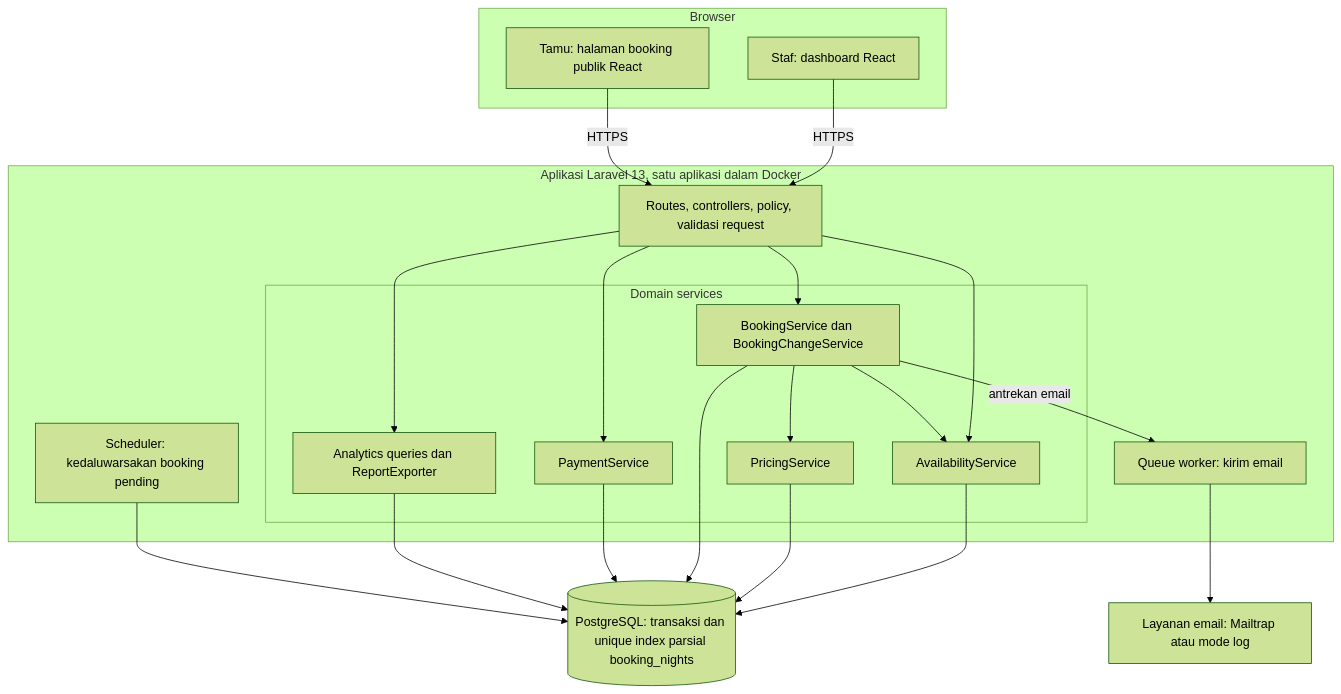
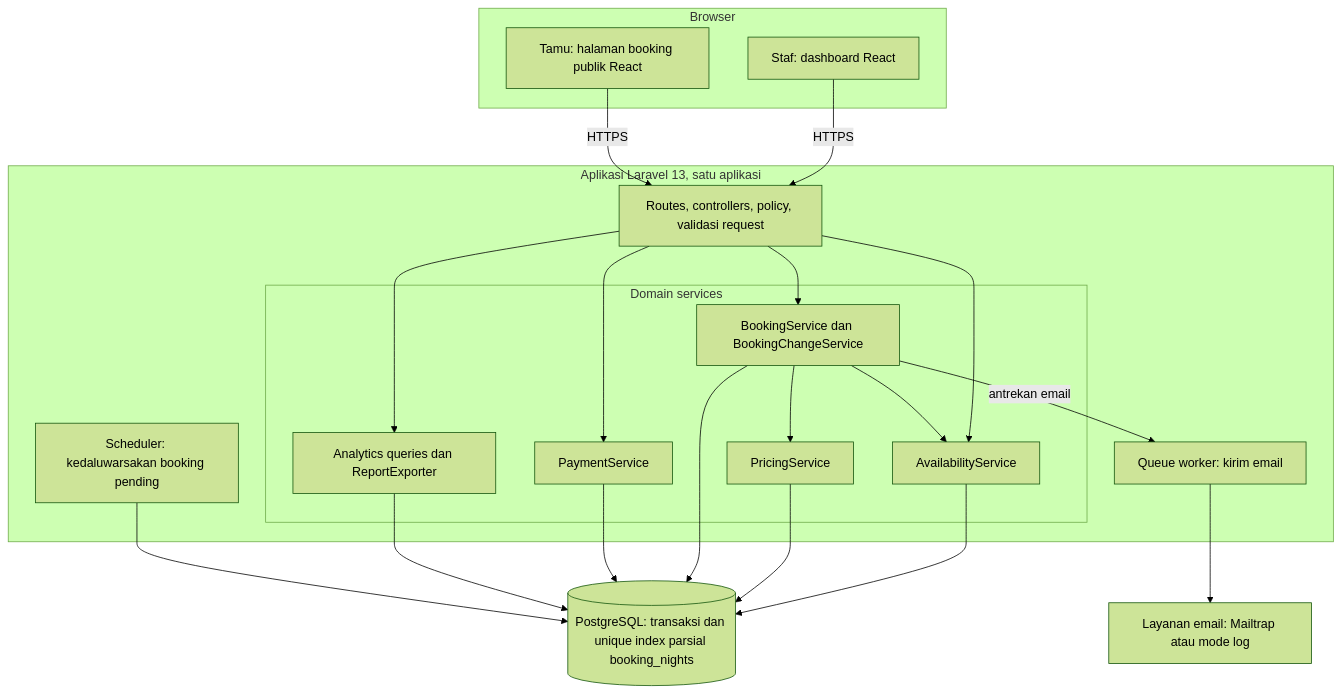
One commit to ankasaa/Kamarin changed the diagram in docs/architecture_diagram.mermaid. Above: the diagram before and after it, drawn with Mermaid (forest theme). The commit also changed 3 other files, not shown here.

Commit message:
docs(architecture): revise development environment to local PHP with Docker PostgreSQL

```diff
--- a/docs/architecture_diagram.mermaid
+++ b/docs/architecture_diagram.mermaid
@@ -1,38 +1,38 @@
 flowchart TB
     subgraph Klien["Browser"]
         Staf["Staf: dashboard React"]
         Guest["Tamu: halaman booking publik React"]
     end
 
-    subgraph App["Aplikasi Laravel 13, satu aplikasi dalam Docker"]
+    subgraph App["Aplikasi Laravel 13, satu aplikasi"]
         Web["Routes, controllers, policy, validasi request"]
         subgraph Dom["Domain services"]
             Av["AvailabilityService"]
             Pr["PricingService"]
             Bk["BookingService dan BookingChangeService"]
             Py["PaymentService"]
             An["Analytics queries dan ReportExporter"]
         end
         Q["Queue worker: kirim email"]
         Sch["Scheduler: kedaluwarsakan booking pending"]
     end
 
     DB[("PostgreSQL: transaksi dan unique index parsial booking_nights")]
     Mail["Layanan email: Mailtrap atau mode log"]
 
     Staf -->|HTTPS| Web
     Guest -->|HTTPS| Web
     Web --> Av
     Web --> Bk
     Web --> Py
     Web --> An
     Bk --> Av
     Bk --> Pr
     Av --> DB
     Pr --> DB
     Bk --> DB
     Py --> DB
     An --> DB
     Bk -->|antrekan email| Q
     Q --> Mail
     Sch --> DB
```
